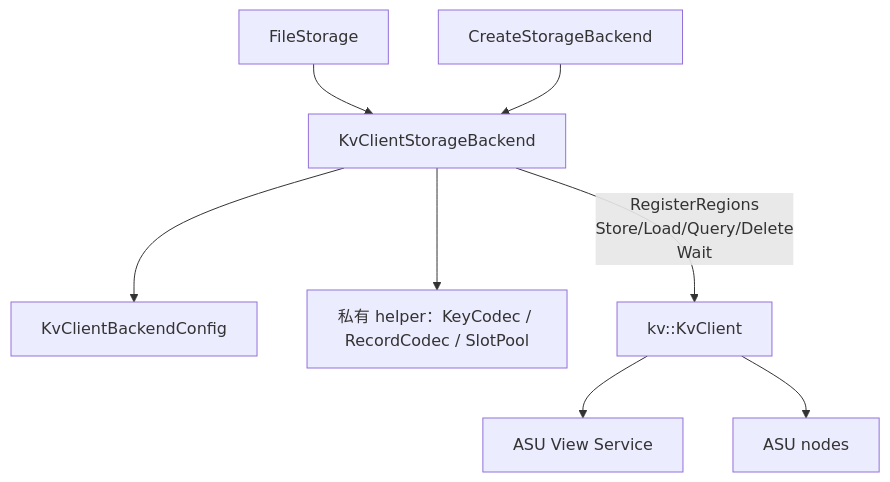
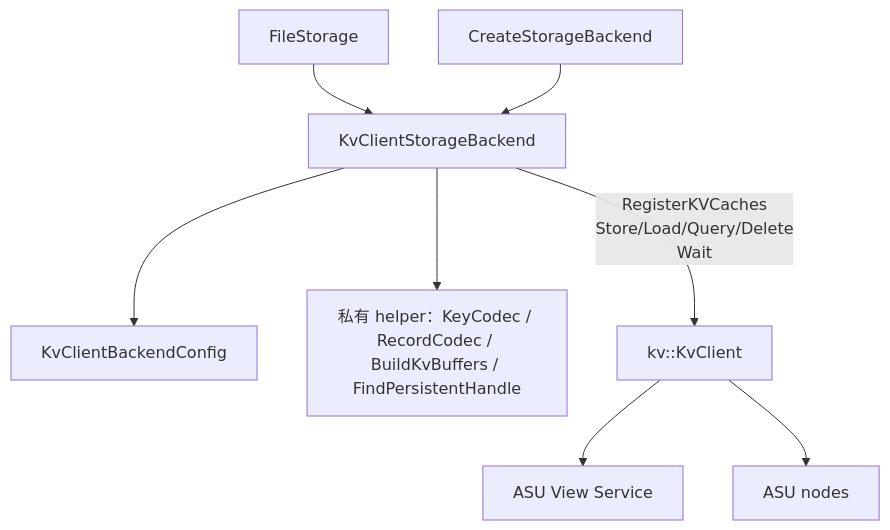
The second of 10 diagrams in kv-client-storage-backend-review.md (zwj20000328-dotcom/Mooncake-documents), drawn with Mermaid before and after one commit. The commit also changed other lines of this file and 1 other file, not shown here.

Commit message:
modified:   kv-client-storage-backend-review.md

````diff
--- a/kv-client-storage-backend-review.md
+++ b/kv-client-storage-backend-review.md
@@ -86,10 +59,10 @@
 ```mermaid
 flowchart TB
     FS["FileStorage"] --> BE["KvClientStorageBackend"]
     FAC["CreateStorageBackend"] --> BE
     BE --> CFG["KvClientBackendConfig"]
-    BE --> H1["私有 helper：KeyCodec / RecordCodec / SlotPool"]
-    BE -->|"RegisterRegions<br/>Store/Load/Query/Delete<br/>Wait"| KC["kv::KvClient"]
+    BE --> H1["私有 helper：KeyCodec / RecordCodec / BuildKvBuffers / FindPersistentHandle"]
+    BE -->|"RegisterKVCaches<br/>Store/Load/Query/Delete<br/>Wait"| KC["kv::KvClient"]
     KC --> VIEW["ASU View Service"]
     KC --> ASU["ASU nodes"]
 ```
````
